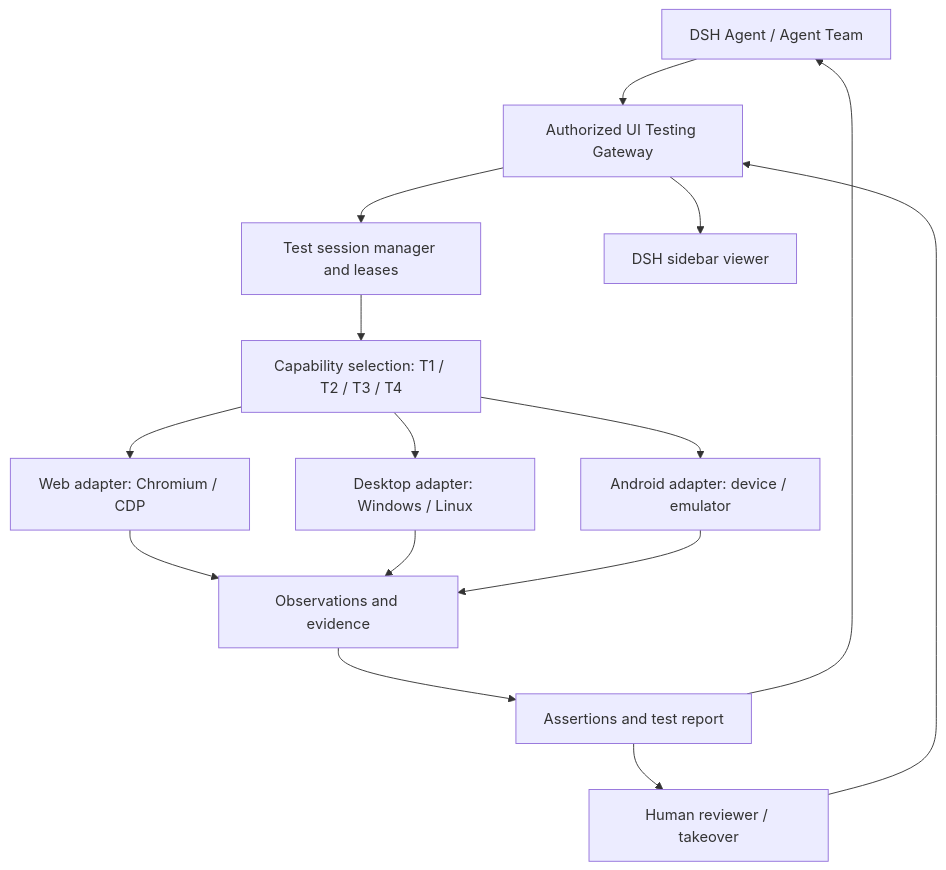
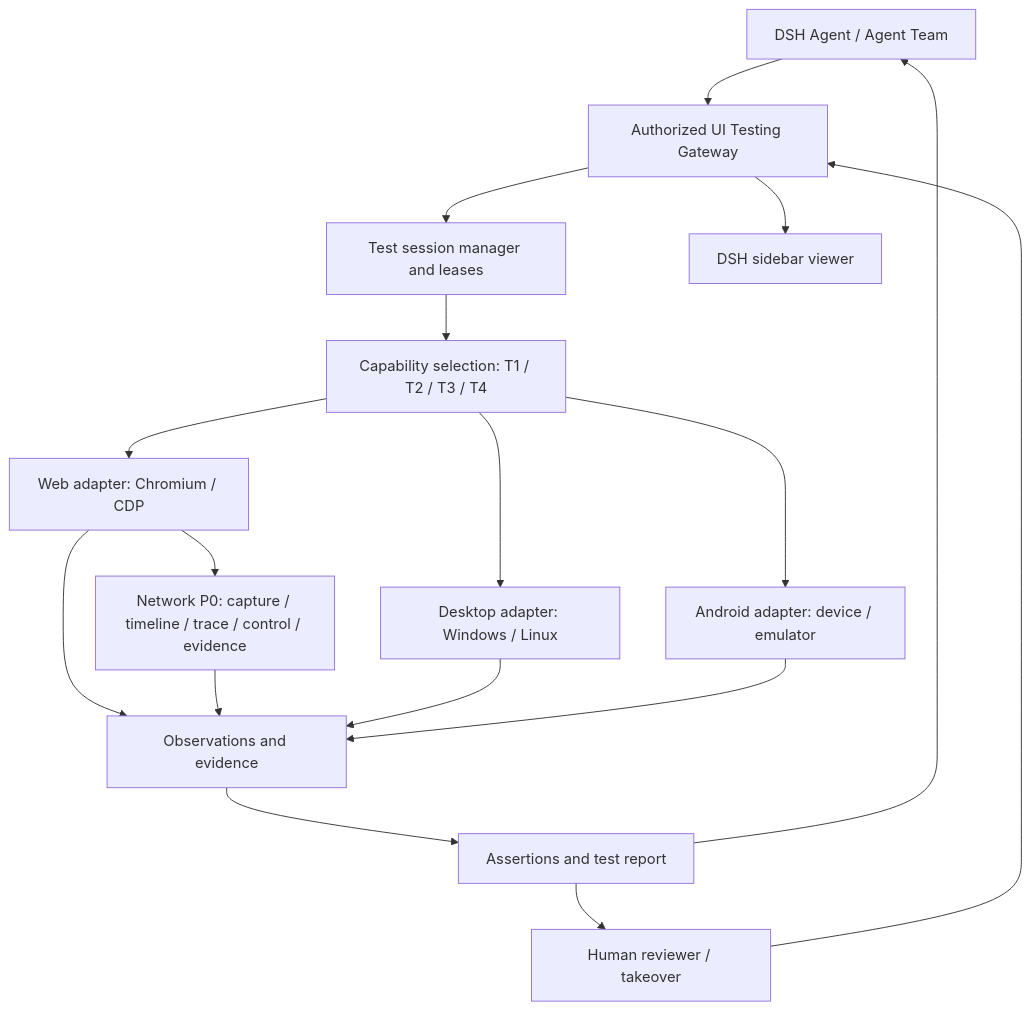
Before and after one commit to bloodarea/dsh-agent-team-ui-testing: the diagram in README.md, drawn with Mermaid. The commit also changed other lines of this file and 48 other files, not shown here.

First line of the commit message:
feat(web): add WEB-P0 network capture and business-chain fixture

````diff
--- a/README.md
+++ b/README.md
@@ -154,17 +180,19 @@
 ```mermaid
 flowchart TD
     A[DSH Agent / Agent Team] --> G[Authorized UI Testing Gateway]
     H[Human reviewer / takeover] --> G
     G --> M[Test session manager and leases]
     G --> V[DSH sidebar viewer]
     M --> P[Capability selection: T1 / T2 / T3 / T4]
     P --> B[Web adapter: Chromium / CDP]
+    B --> N[Network P0: capture / timeline / trace / control / evidence]
     P --> D[Desktop adapter: Windows / Linux]
     P --> R[Android adapter: device / emulator]
     B --> E[Observations and evidence]
+    N --> E
     D --> E
     R --> E
     E --> X[Assertions and test report]
     X --> A
     X --> H
 ```
````
